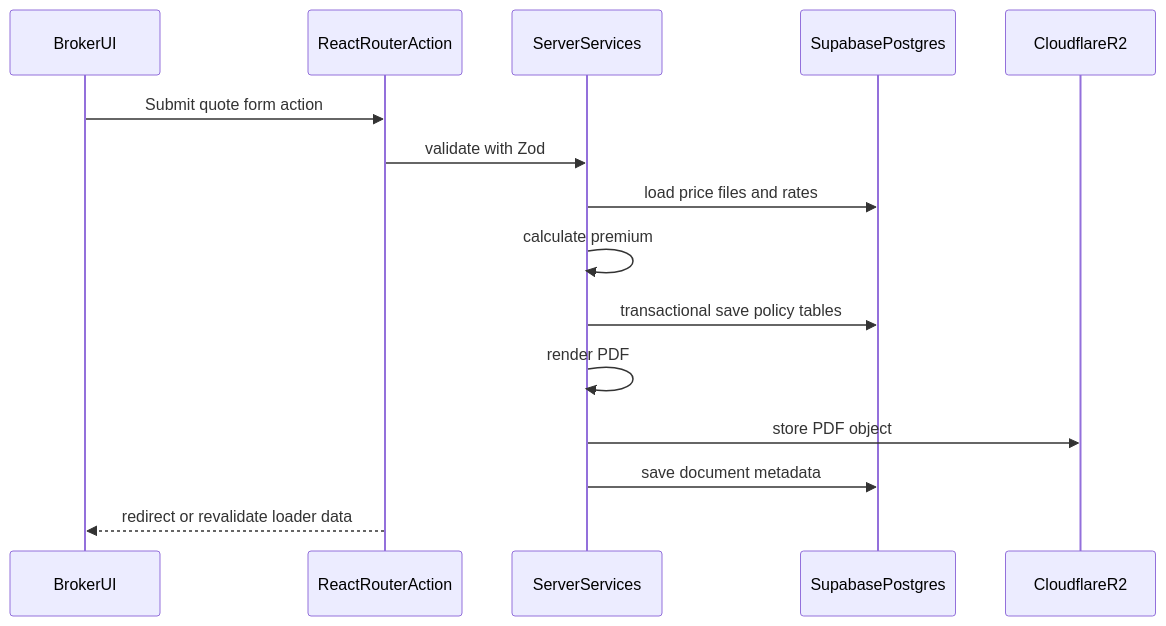
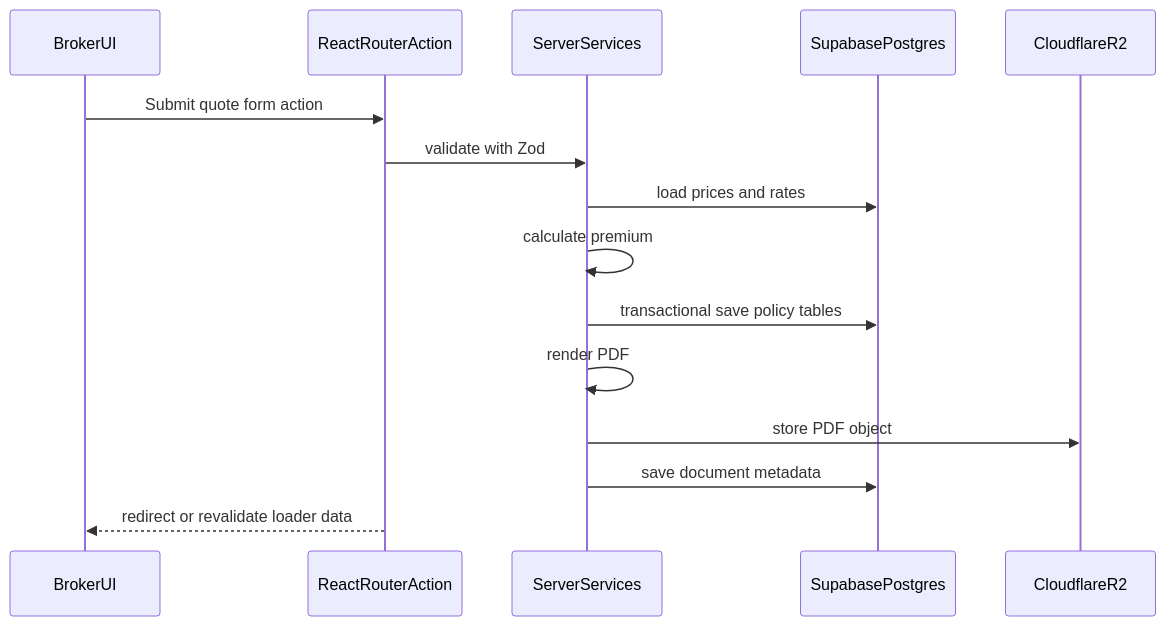
Before and after one commit to zhex900/irecon-insurance-app: the second of 2 diagrams in CAR_INSURANCE_TECH_SPEC.md, drawn with Mermaid. The commit also changed other lines of this file and 34 other files, not shown here.

Commit message:
update db schema

````diff
--- a/CAR_INSURANCE_TECH_SPEC.md
+++ b/CAR_INSURANCE_TECH_SPEC.md
@@ -47,18 +47,18 @@
 ```mermaid
 sequenceDiagram
   participant UI as BrokerUI
   participant RR as ReactRouterAction
   participant SVC as ServerServices
   participant DB as SupabasePostgres
   participant R2 as CloudflareR2
 
   UI->>RR: Submit quote form action
   RR->>SVC: validate with Zod
-  SVC->>DB: load price files and rates
+  SVC->>DB: load prices and rates
   SVC->>SVC: calculate premium
   SVC->>DB: transactional save policy tables
   SVC->>SVC: render PDF
   SVC->>R2: store PDF object
   SVC->>DB: save document metadata
   RR-->>UI: redirect or revalidate loader data
 ```
````
